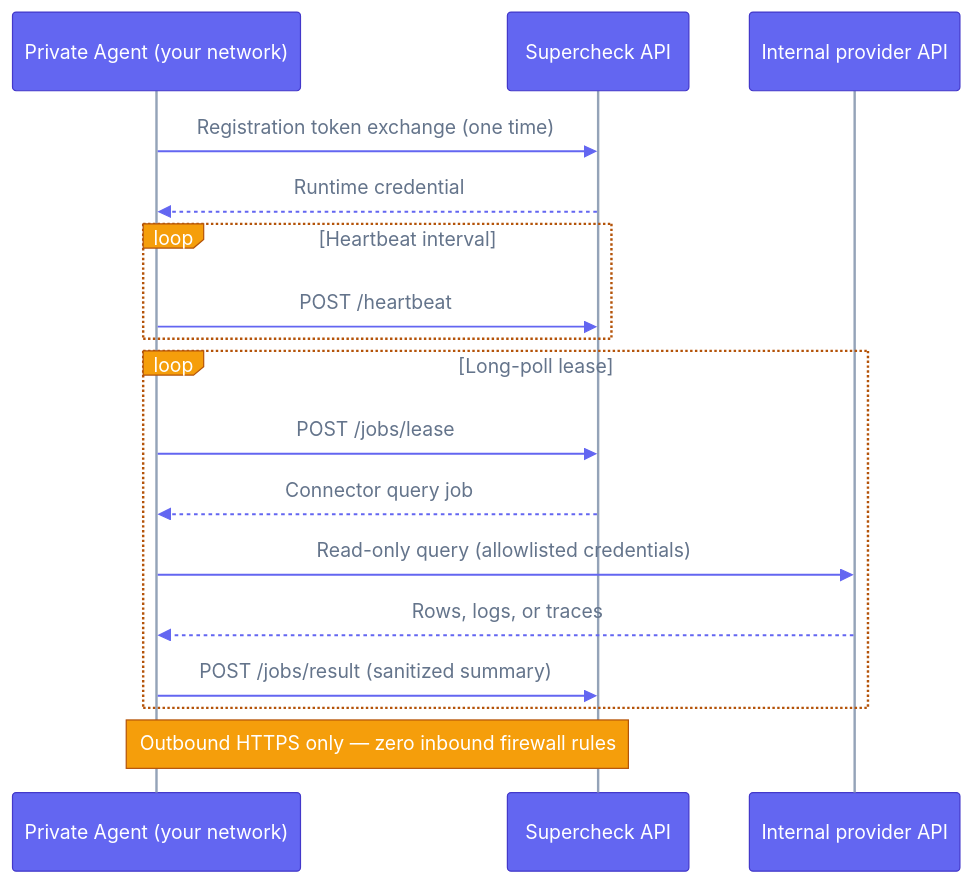
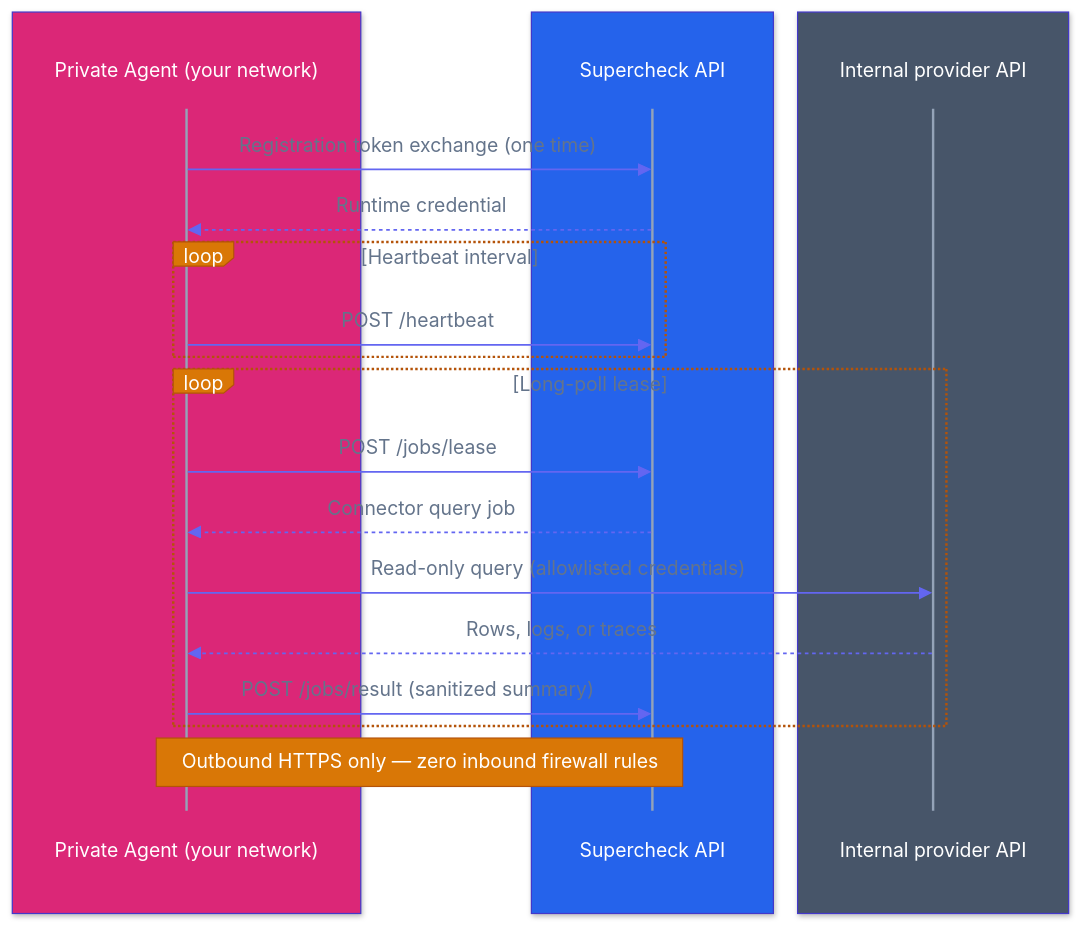
Before and after one commit to supercheck-io/supercheck: the diagram in docs/content/docs/app/deployment/private-agent.mdx, drawn with Mermaid. The commit also changed 14 other files, not shown here.

First line of the commit message:
docs: reorganize architecture diagram and add color to sequence diagrams

````diff
--- a/docs/content/docs/app/deployment/private-agent.mdx
+++ b/docs/content/docs/app/deployment/private-agent.mdx
@@ -42,21 +42,27 @@
 ```mermaid
-%%{init: {"theme":"base","themeVariables":{"fontFamily":"ui-sans-serif, system-ui, -apple-system, Segoe UI, Roboto, sans-serif","primaryColor":"#6366f1","primaryTextColor":"#ffffff","primaryBorderColor":"#4338ca","lineColor":"#94a3b8","actorBkg":"#6366f1","actorBorder":"#4338ca","actorTextColor":"#ffffff","actorLineColor":"#94a3b8","signalColor":"#6366f1","signalTextColor":"#64748b","labelBoxBkgColor":"#f59e0b","labelBoxBorderColor":"#b45309","labelTextColor":"#ffffff","loopTextColor":"#64748b","activationBkgColor":"#8b5cf6","activationBorderColor":"#6d28d9","noteBkgColor":"#f59e0b","noteBorderColor":"#b45309","noteTextColor":"#ffffff","textColor":"#64748b","mainBkg":"#ffffff"}}}%%
+%%{init: {"theme":"base","themeVariables":{"fontFamily":"ui-sans-serif, system-ui, -apple-system, Segoe UI, Roboto, sans-serif","primaryColor":"#6366f1","primaryTextColor":"#ffffff","primaryBorderColor":"#4338ca","lineColor":"#94a3b8","actorBkg":"transparent","actorBorder":"transparent","actorTextColor":"#ffffff","actorLineColor":"#94a3b8","signalColor":"#6366f1","signalTextColor":"#64748b","labelBoxBkgColor":"#d97706","labelBoxBorderColor":"#b45309","labelTextColor":"#ffffff","loopTextColor":"#64748b","activationBkgColor":"#7c3aed","activationBorderColor":"#6d28d9","noteBkgColor":"#d97706","noteBorderColor":"#b45309","noteTextColor":"#ffffff","textColor":"#64748b","mainBkg":"#ffffff"}}}%%
 sequenceDiagram
-    participant Agent as Private Agent (your network)
-    participant API as Supercheck API
-    participant Provider as Internal provider API
+    box rgb(219,39,119)
+        participant Agent as Private Agent (your network)
+    end
+    box rgb(37,99,235)
+        participant API as Supercheck API
+    end
+    box rgb(71,85,105)
+        participant Provider as Internal provider API
+    end
 
     Agent->>API: Registration token exchange (one time)
     API-->>Agent: Runtime credential
     loop Heartbeat interval
         Agent->>API: POST /heartbeat
     end
     loop Long-poll lease
         Agent->>API: POST /jobs/lease
         API-->>Agent: Connector query job
         Agent->>Provider: Read-only query (allowlisted credentials)
         Provider-->>Agent: Rows, logs, or traces
         Agent->>API: POST /jobs/result (sanitized summary)
     end
     Note over Agent,API: Outbound HTTPS only — zero inbound firewall rules
 ```
````
